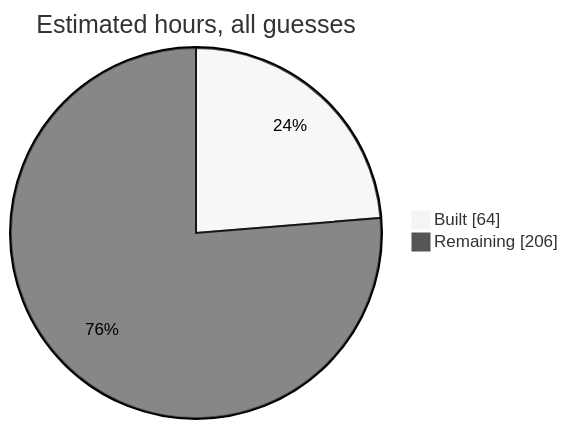
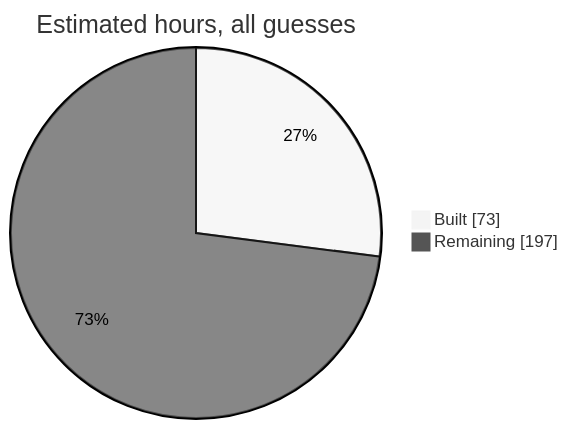
One commit to SumanthVarma798/GNSS-Constellation-Health-Monitoring-System changed the second of 5 diagrams in docs/system-design.md. Above: the diagram before and after it, drawn with Mermaid (neutral theme). The commit also changed other lines of this file, not shown here.

Commit message:
Design page: orbit pictures built
Closes #50.

````diff
--- a/docs/system-design.md
+++ b/docs/system-design.md
@@ -71,5 +71,5 @@
 ```mermaid
 pie showData title Estimated hours, all guesses
-  "Built" : 64
-  "Remaining" : 206
+  "Built" : 73
+  "Remaining" : 197
 ```
````
